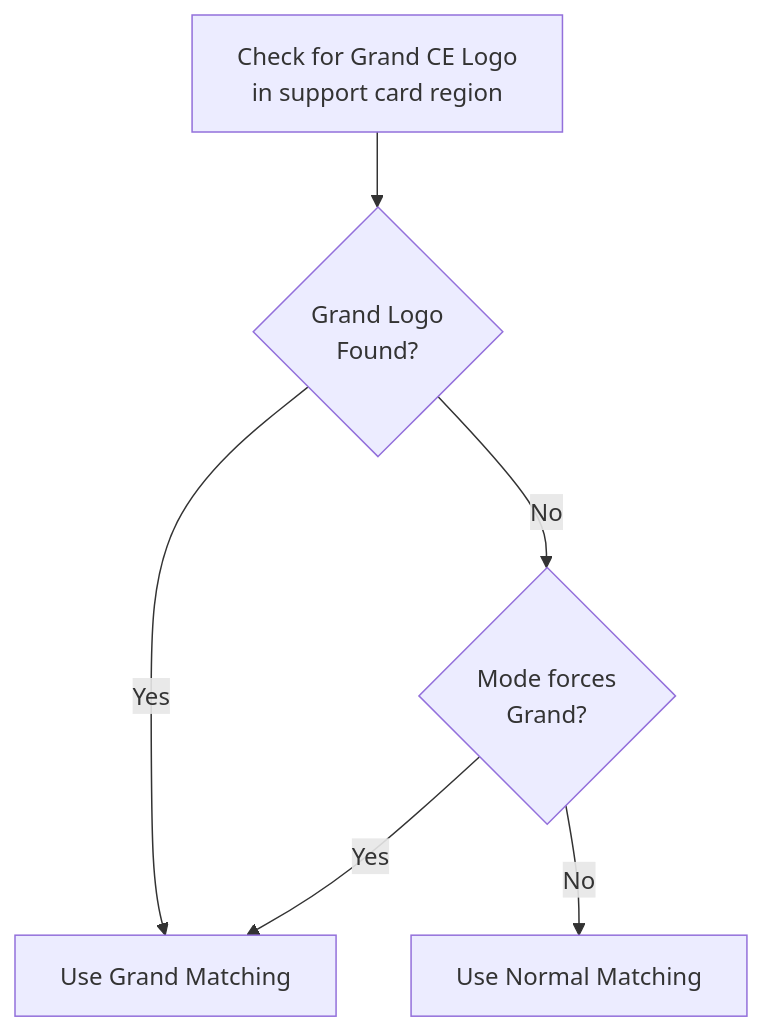
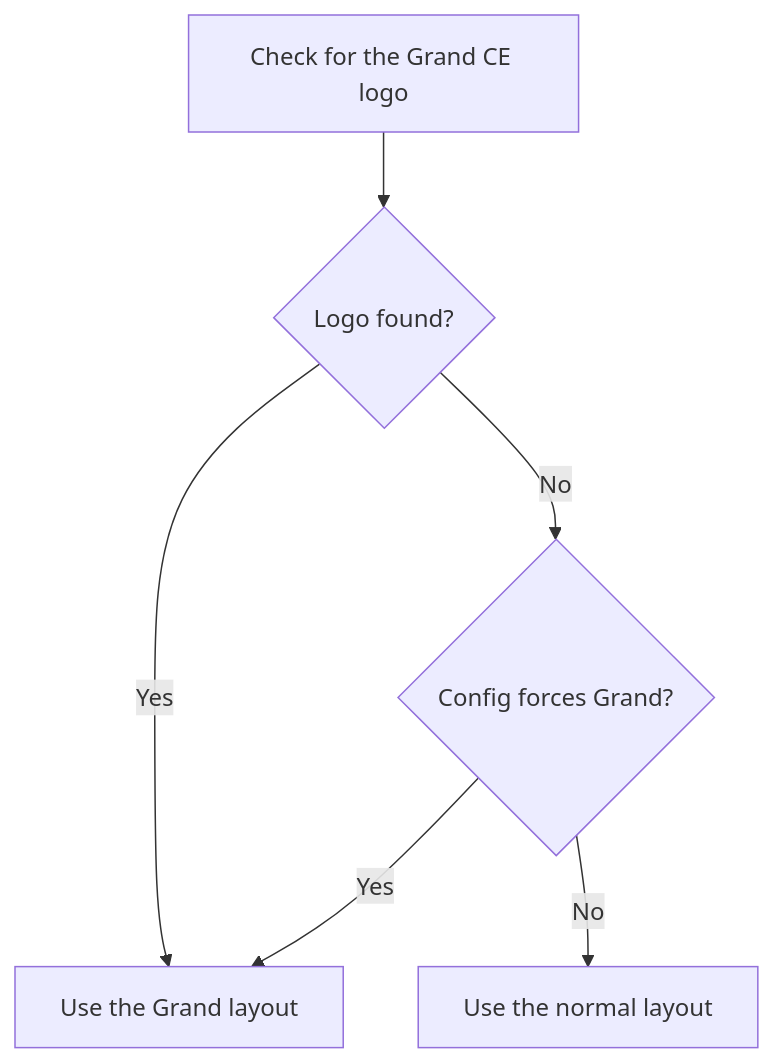
Before and after one commit to ArthurKun21/FGA-Preview-Build: the diagram in docs/support-screen/grand-servant.md, drawn with Mermaid. The commit also changed other lines of this file and 23 other files, not shown here.

````diff
--- a/docs/support-screen/grand-servant.md
+++ b/docs/support-screen/grand-servant.md
@@ -132,8 +127,8 @@
 ```mermaid
 flowchart TD
-    A[Check for Grand CE Logo<br/>in support card region] --> B{Grand Logo<br/>Found?}
-    B -->|Yes| C[Use Grand Matching]
-    B -->|No| D{Mode forces<br/>Grand?}
+    A[Check for the Grand CE logo] --> B{Logo found?}
+    B -->|Yes| C[Use the Grand layout]
+    B -->|No| D{Config forces Grand?}
     D -->|Yes| C
-    D -->|No| E[Use Normal Matching]
+    D -->|No| E[Use the normal layout]
 ```
````
